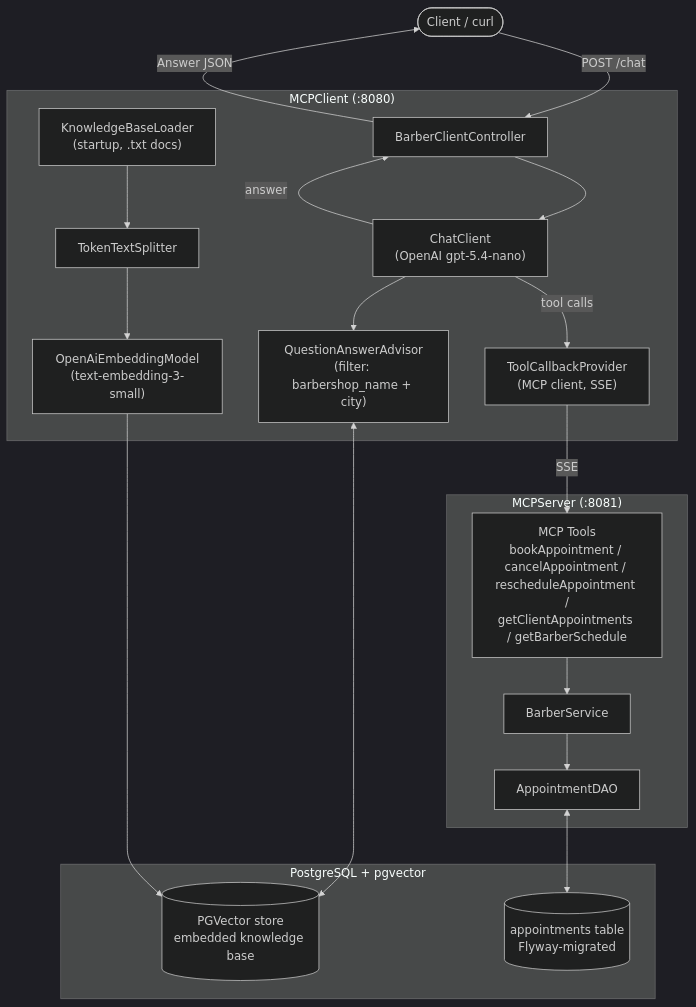
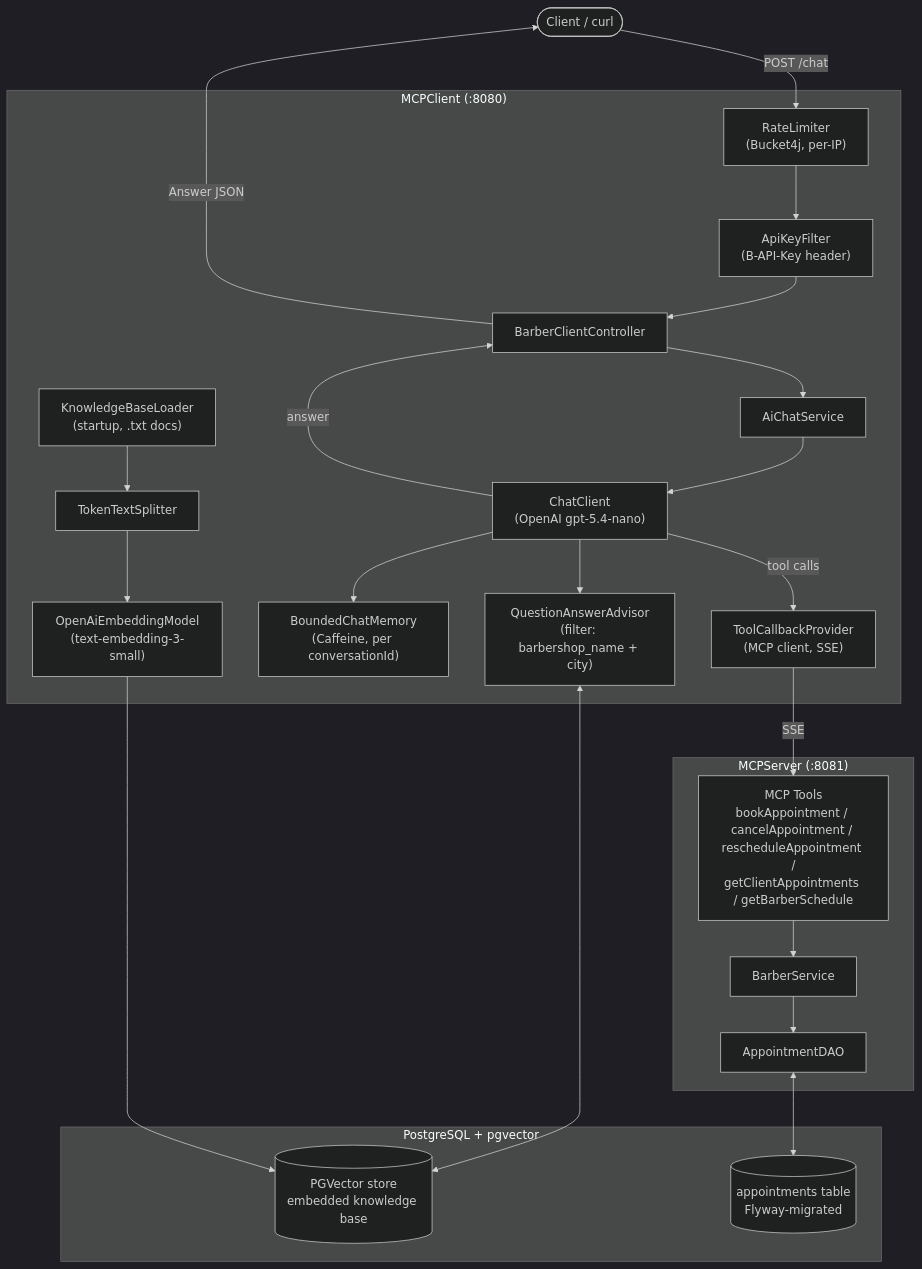
One commit to asharameta/barbershop-ai-consultant changed the diagram in README.md. Above: the diagram before and after it, drawn with Mermaid (dark theme). The commit also changed other lines of this file, not shown here.

````diff
--- a/README.md
+++ b/README.md
@@ -22,31 +24,35 @@
 ```mermaid
 flowchart TD
-    User(["Client / curl"]) -->|"POST /chat"| Controller["BarberClientController"]
+    User(["Client / curl"]) -->|"POST /chat"| RateLimiter["RateLimiter\n(Bucket4j, per-IP)"]
 
     subgraph MCPClient["MCPClient (:8080)"]
-        Controller --> ChatClient["ChatClient\n(OpenAI gpt-5.4-nano)"]
+        RateLimiter --> ApiKeyFilter["ApiKeyFilter\n(B-API-Key header)"]
+        ApiKeyFilter --> Controller["BarberClientController"]
+        Controller --> ChatService["AiChatService"]
+        ChatService --> ChatClient["ChatClient\n(OpenAI gpt-5.4-nano)"]
         ChatClient --> QAAdvisor["QuestionAnswerAdvisor\n(filter: barbershop_name + city)"]
+        ChatClient --> ChatMemory["BoundedChatMemory\n(Caffeine, per conversationId)"]
         ChatClient -->|tool calls| ToolProvider["ToolCallbackProvider\n(MCP client, SSE)"]
 
         Loader["KnowledgeBaseLoader\n(startup, .txt docs)"] --> Splitter["TokenTextSplitter"]
         Splitter --> Embed["OpenAiEmbeddingModel\n(text-embedding-3-small)"]
     end
 
     subgraph MCPServer["MCPServer (:8081)"]
         ToolProvider -->|SSE| Tools["MCP Tools\nbookAppointment / cancelAppointment / rescheduleAppointment /\ngetClientAppointments / getBarberSchedule"]
         Tools --> BarberService["BarberService"]
         BarberService --> DAO["AppointmentDAO"]
     end
 
     subgraph DB["PostgreSQL + pgvector"]
         Vectors[("PGVector store\nembedded knowledge base")]
         Appointments[("appointments table\nFlyway-migrated")]
     end
 
     QAAdvisor <--> Vectors
     Embed --> Vectors
     DAO <--> Appointments
 
     ChatClient -->|answer| Controller
     Controller -->|Answer JSON| User
 ```
````
